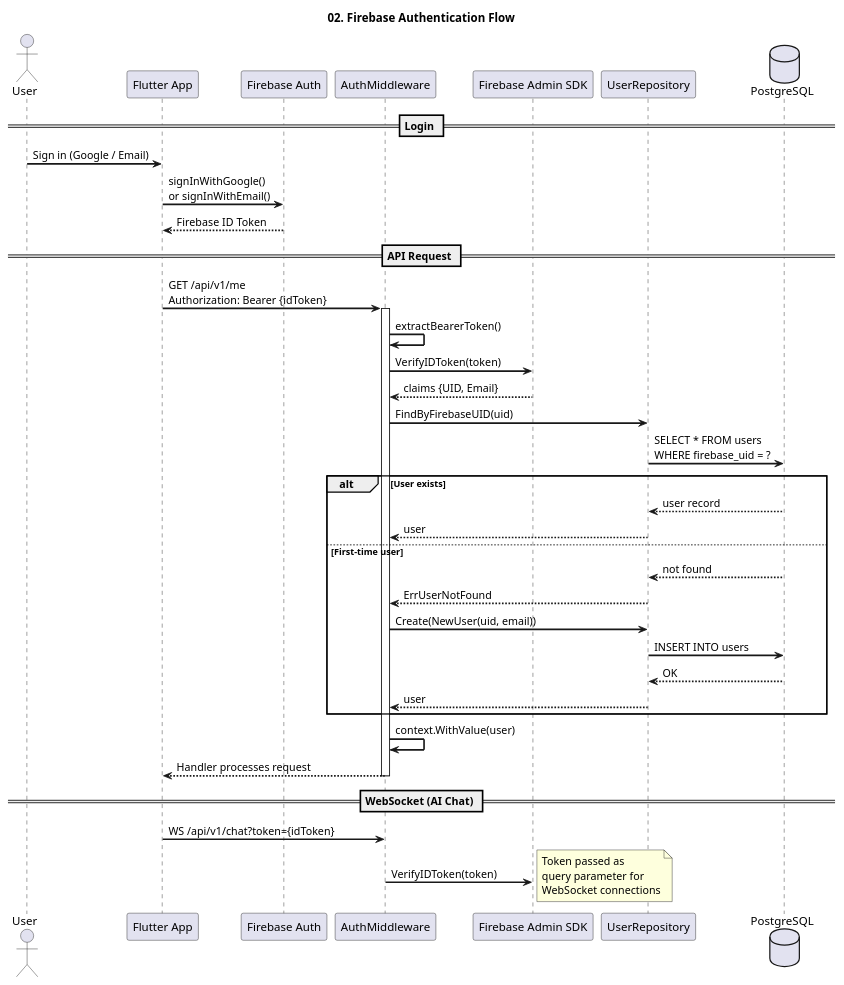
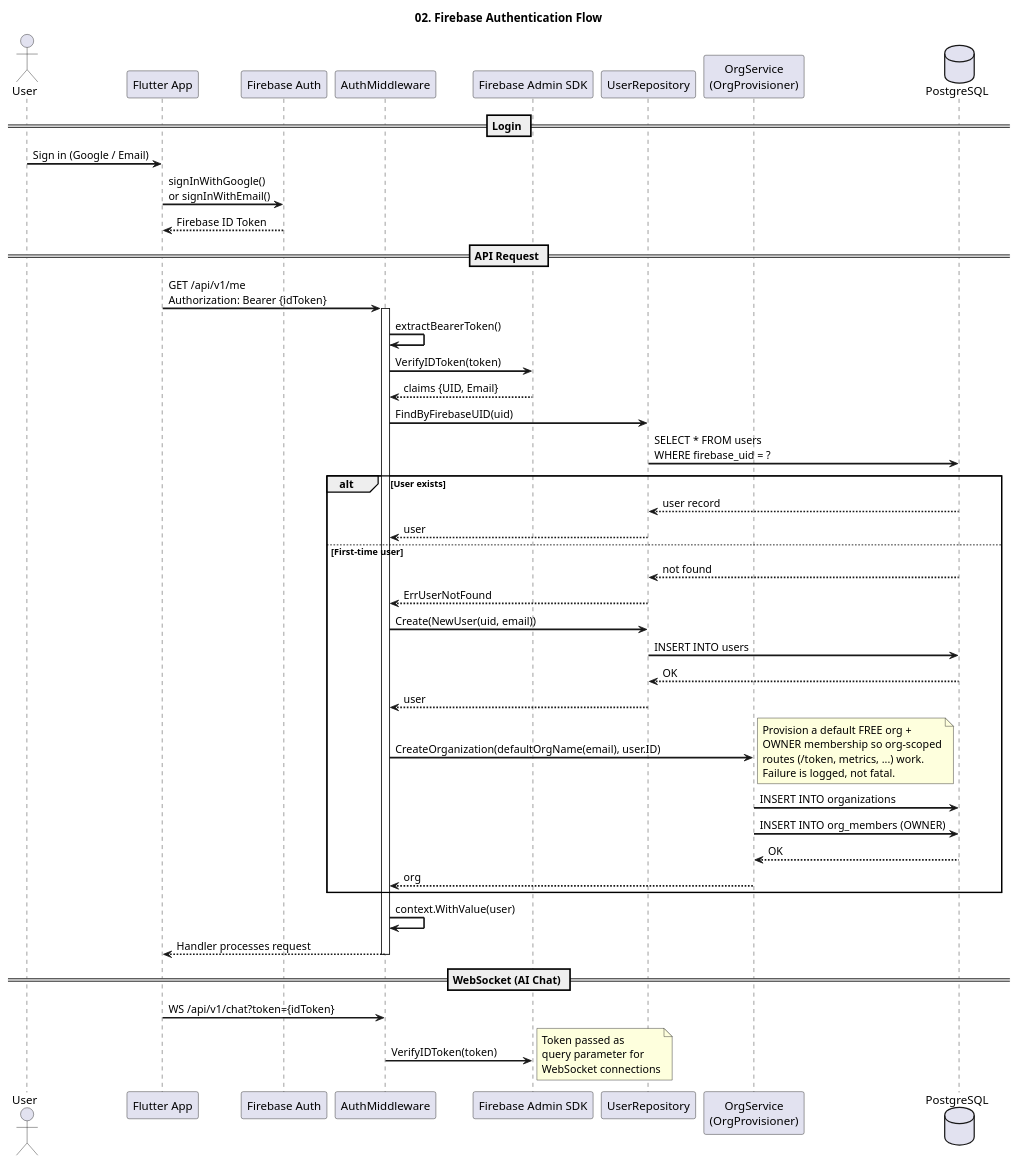
One commit to sachin-sivadasan/ledgerguard changed the diagram in docs/diagrams/puml/02-firebase-auth-sequence.puml. Above: the diagram before and after it, drawn with PlantUML. The commit also changed 8 other files, not shown here.

First line of the commit message:
fix(auth): provision default org on signup + backfill existing users

```diff
--- a/docs/diagrams/puml/02-firebase-auth-sequence.puml
+++ b/docs/diagrams/puml/02-firebase-auth-sequence.puml
@@ -1,51 +1,58 @@
 @startuml
 title 02. Firebase Authentication Flow
 
 skinparam sequenceArrowThickness 2
 
 actor "User" as User
 participant "Flutter App" as App
 participant "Firebase Auth" as FBAuth
 participant "AuthMiddleware" as MW
 participant "Firebase Admin SDK" as Admin
 participant "UserRepository" as Repo
+participant "OrgService\n(OrgProvisioner)" as Org
 database "PostgreSQL" as DB
 
 == Login ==
 User -> App: Sign in (Google / Email)
 App -> FBAuth: signInWithGoogle()\nor signInWithEmail()
 FBAuth --> App: Firebase ID Token
 
 == API Request ==
 App -> MW: GET /api/v1/me\nAuthorization: Bearer {idToken}
 activate MW
 
 MW -> MW: extractBearerToken()
 MW -> Admin: VerifyIDToken(token)
 Admin --> MW: claims {UID, Email}
 
 MW -> Repo: FindByFirebaseUID(uid)
 Repo -> DB: SELECT * FROM users\nWHERE firebase_uid = ?
 
 alt User exists
   DB --> Repo: user record
   Repo --> MW: user
 else First-time user
   DB --> Repo: not found
   Repo --> MW: ErrUserNotFound
   MW -> Repo: Create(NewUser(uid, email))
   Repo -> DB: INSERT INTO users
   DB --> Repo: OK
   Repo --> MW: user
+  MW -> Org: CreateOrganization(defaultOrgName(email), user.ID)
+  note right: Provision a default FREE org +\nOWNER membership so org-scoped\nroutes (/token, metrics, ...) work.\nFailure is logged, not fatal.
+  Org -> DB: INSERT INTO organizations
+  Org -> DB: INSERT INTO org_members (OWNER)
+  DB --> Org: OK
+  Org --> MW: org
 end
 
 MW -> MW: context.WithValue(user)
 MW --> App: Handler processes request
 deactivate MW
 
 == WebSocket (AI Chat) ==
 App -> MW: WS /api/v1/chat?token={idToken}
 MW -> Admin: VerifyIDToken(token)
 note right: Token passed as\nquery parameter for\nWebSocket connections
 
 @enduml
```
